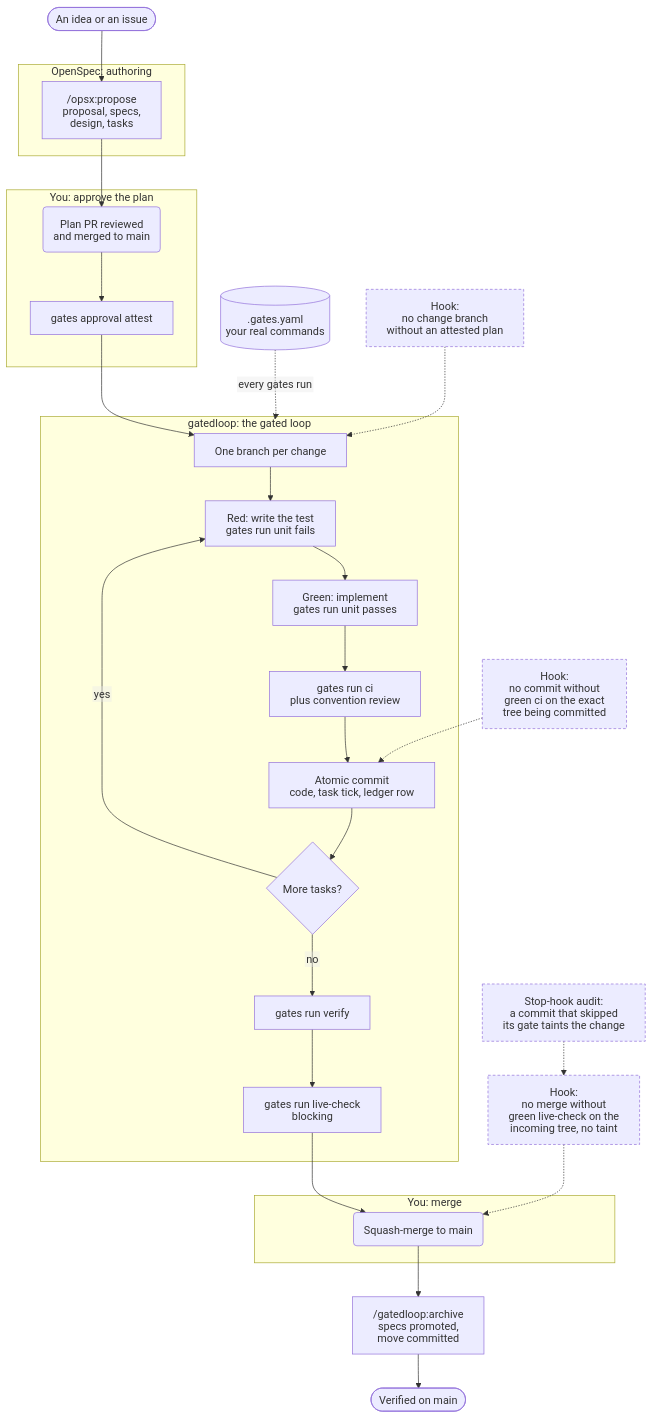
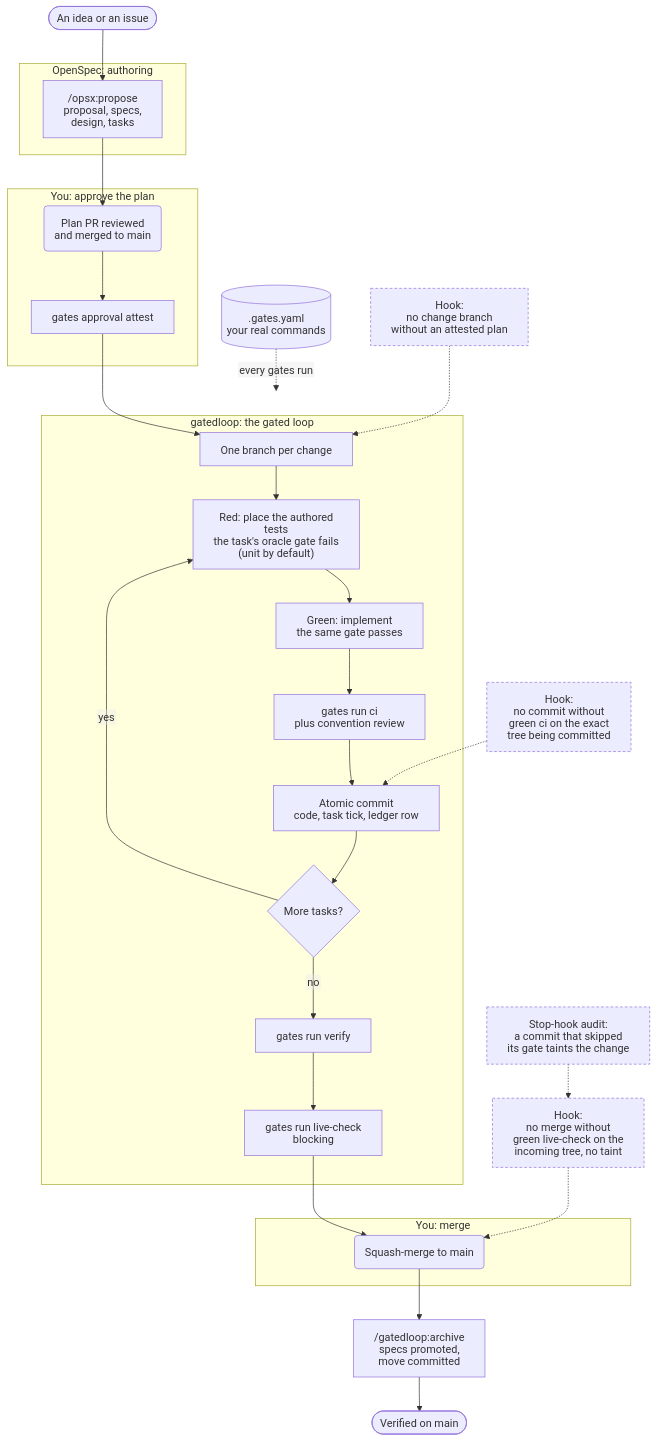
One commit to tessellate-space/gatedloop changed the diagram in README.md. Above: the diagram before and after it, drawn with Mermaid. The commit also changed other lines of this file and 6 other files, not shown here.

First line of the commit message:
describe the red step as the task's oracle gate in the docs

````diff
--- a/README.md
+++ b/README.md
@@ -86,57 +86,57 @@
 ```mermaid
 ---
 config:
   htmlLabels: false
   flowchart:
     htmlLabels: false
 ---
 flowchart TD
     idea(["An idea or an issue"])
 
     subgraph OS["OpenSpec: authoring"]
         propose["/opsx:propose<br/>proposal, specs,<br/>design, tasks"]
     end
 
     subgraph YOU1["You: approve the plan"]
         planpr("Plan PR reviewed<br/>and merged to main")
         attest["gates approval attest"]
     end
 
     subgraph LOOP["gatedloop: the gated loop"]
         branch["One branch per change"]
-        red["Red: write the test<br/>gates run unit fails"]
-        green["Green: implement<br/>gates run unit passes"]
+        red["Red: place the authored tests<br/>the task's oracle gate fails<br/>(unit by default)"]
+        green["Green: implement<br/>the same gate passes"]
         gate["gates run ci<br/>plus convention review"]
         commit["Atomic commit<br/>code, task tick, ledger row"]
         more{"More tasks?"}
         verify["gates run verify"]
         live["gates run live-check<br/>blocking"]
     end
 
     subgraph YOU2["You: merge"]
         merge("Squash-merge to main")
     end
 
     archive["/gatedloop:archive<br/>specs promoted,<br/>move committed"]
     done(["Verified on main"])
 
     idea --> propose --> planpr --> attest --> branch
     branch --> red --> green --> gate --> commit --> more
     more -- yes --> red
     more -- no --> verify --> live --> merge --> archive --> done
 
     cfg[(".gates.yaml<br/>your real commands")]
     cfg -. every gates run .-> LOOP
 
     h1["Hook:<br/>no change branch<br/>without an attested plan"]
     h2["Hook:<br/>no commit without<br/>green ci on the exact<br/>tree being committed"]
     h3["Hook:<br/>no merge without<br/>green live-check on the<br/>incoming tree, no taint"]
     audit["Stop-hook audit:<br/>a commit that skipped<br/>its gate taints the change"]
     h1 -.-> branch
     h2 -.-> commit
     h3 -.-> merge
     audit -.-> h3
 
     classDef hook stroke-dasharray: 4 3
     class h1,h2,h3,audit hook
 ```
````
